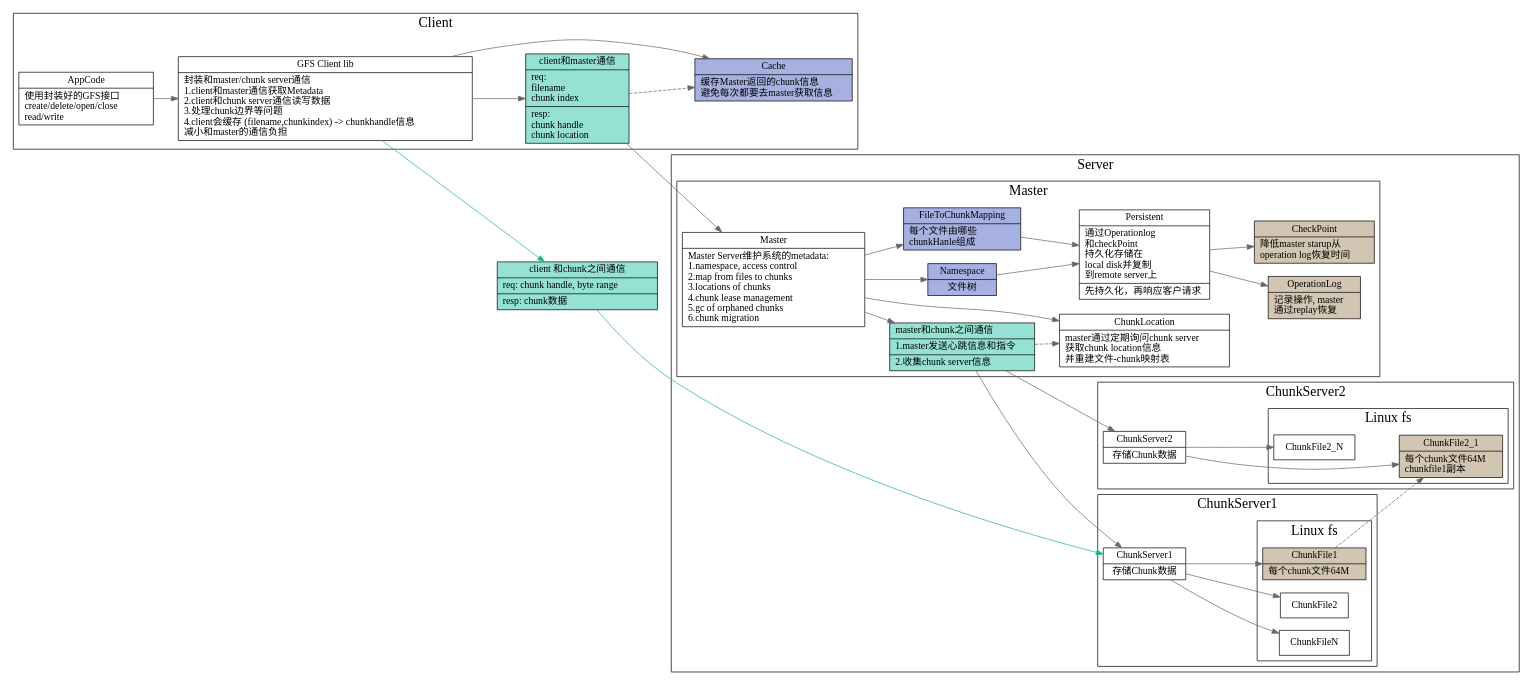
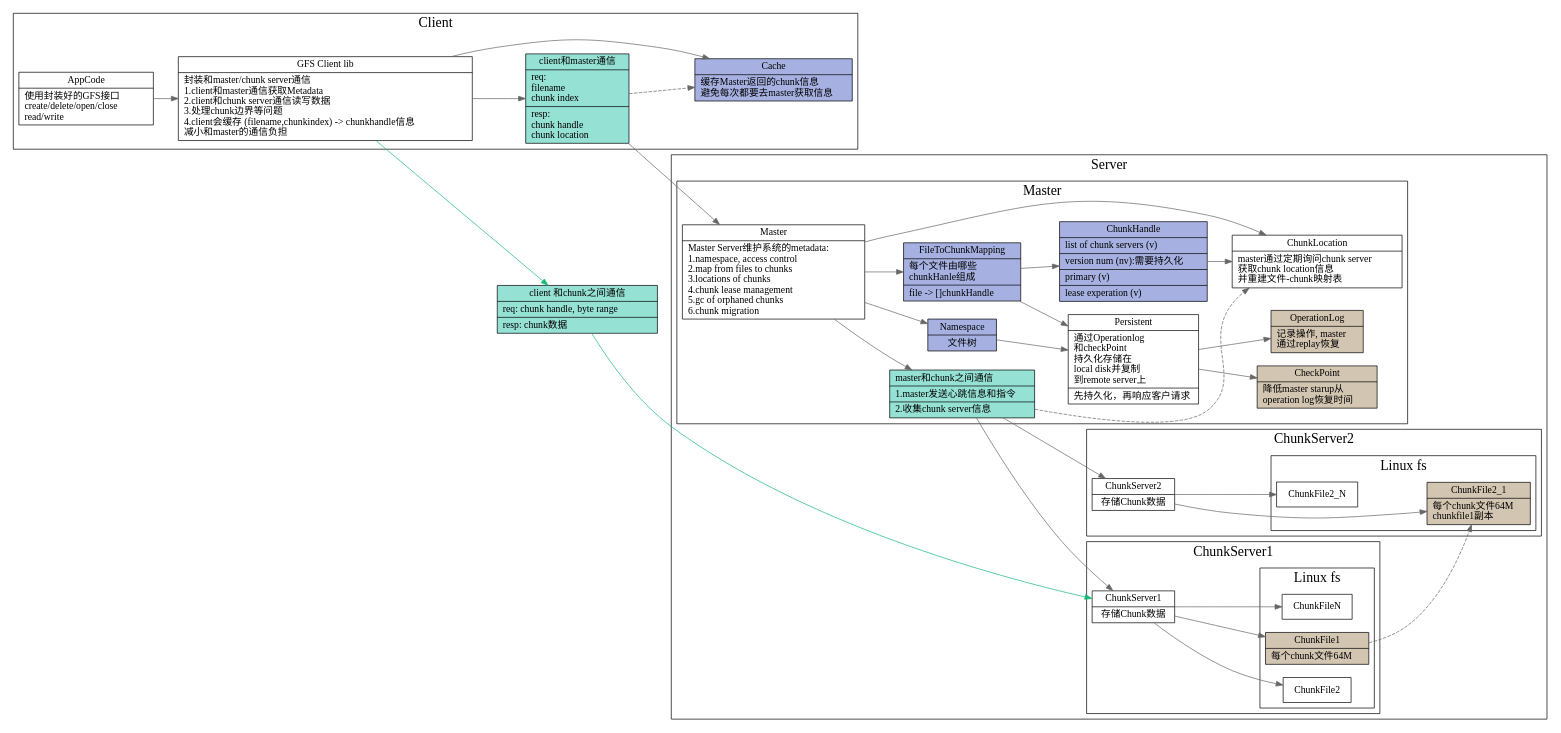
One commit to xieyu/blog changed the diagram in src/mit6-824/gfs-arch.dot. Above: the diagram before and after it, drawn with Graphviz. The commit also changed 10 other files, not shown here.

```diff
--- a/src/mit6-824/gfs-arch.dot
+++ b/src/mit6-824/gfs-arch.dot
@@ -67,6 +67,7 @@
         FileToChunkMapping;
         Namespace
       } -> Persistent;
+
       Namespace[
         shape="record";
         style=filled
@@ -83,9 +84,24 @@
         label="{{
           FileToChunkMapping|
           每个文件由哪些\l 
-          chunkHanle组成\l
+          chunkHanle组成\l|
+          file -\> []chunkHandle\l
         }}";
       ];
+      FileToChunkMapping -> ChunkHandle;
+      ChunkHandle[
+        shape="record";
+        style=filled
+        fillcolor="#a6b1e1"
+        label="{{
+          ChunkHandle|
+          list of chunk servers (v)\l|
+          version num (nv):需要持久化\l|
+          primary (v)\l|
+          lease experation (v)\l
+        }}";
+      ];
+      ChunkHandle -> ChunkLocation;
       master_chunk -> ChunkLocation[style=dashed];
       Persistent[
         shape="record"
```
